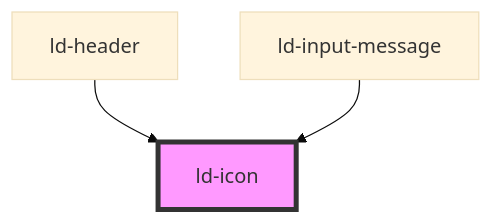
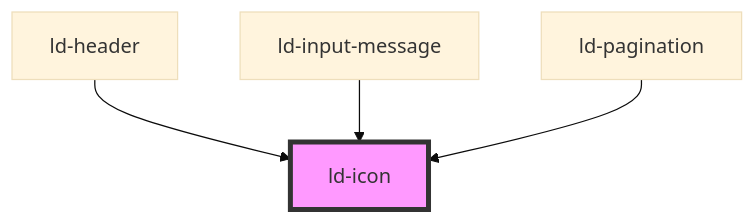
The diagram in src/liquid/components/ld-icon/readme.md (emdgroup-liquid/liquid), drawn with Mermaid (base theme) before and after one commit. The commit also changed other lines of this file and 9 other files, not shown here.

````diff
--- a/src/liquid/components/ld-icon/readme.md
+++ b/src/liquid/components/ld-icon/readme.md
@@ -280,6 +281,7 @@
 ```mermaid
 graph TD;
   ld-header --> ld-icon
   ld-input-message --> ld-icon
+  ld-pagination --> ld-icon
   style ld-icon fill:#f9f,stroke:#333,stroke-width:4px
 ```
````
